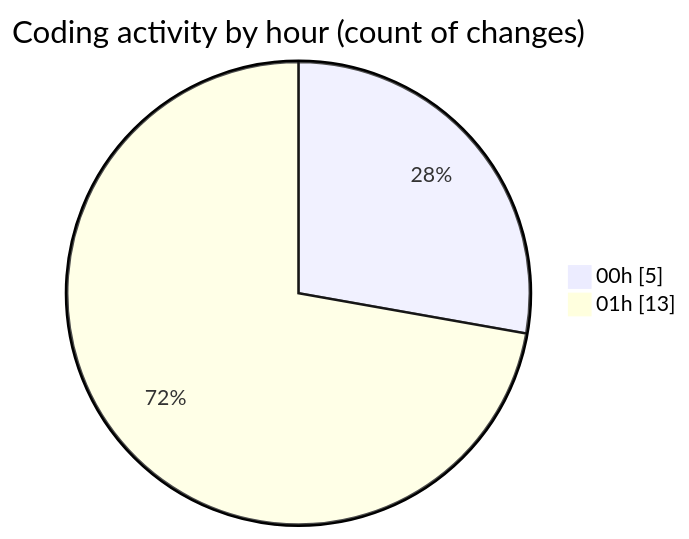
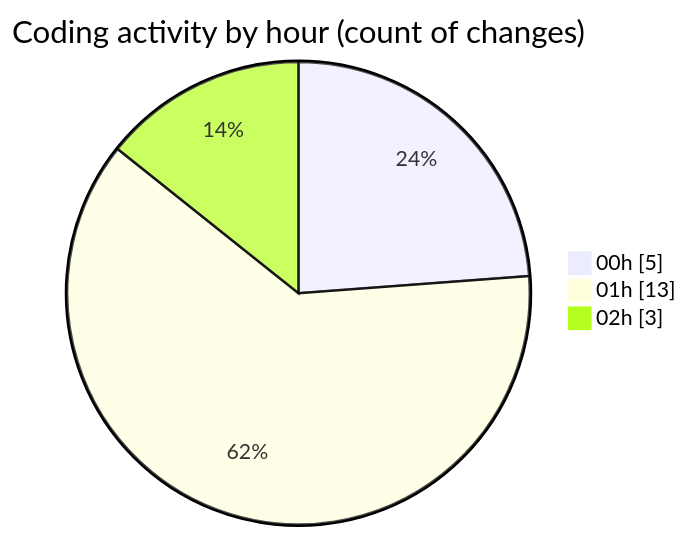
One commit to shibass792/code-tracking changed the second of 2 diagrams in 2026-07-14/shibass-ai/README.md. Above: the diagram before and after it, drawn with Mermaid. The commit also changed other lines of this file and 1 other file, not shown here.

````diff
--- a/2026-07-14/shibass-ai/README.md
+++ b/2026-07-14/shibass-ai/README.md
@@ -37,6 +37,7 @@
 ```mermaid
 pie showData
 title Coding activity by hour (count of changes)
 "00h" : 5
 "01h" : 13
+"02h" : 3
 ```
````
